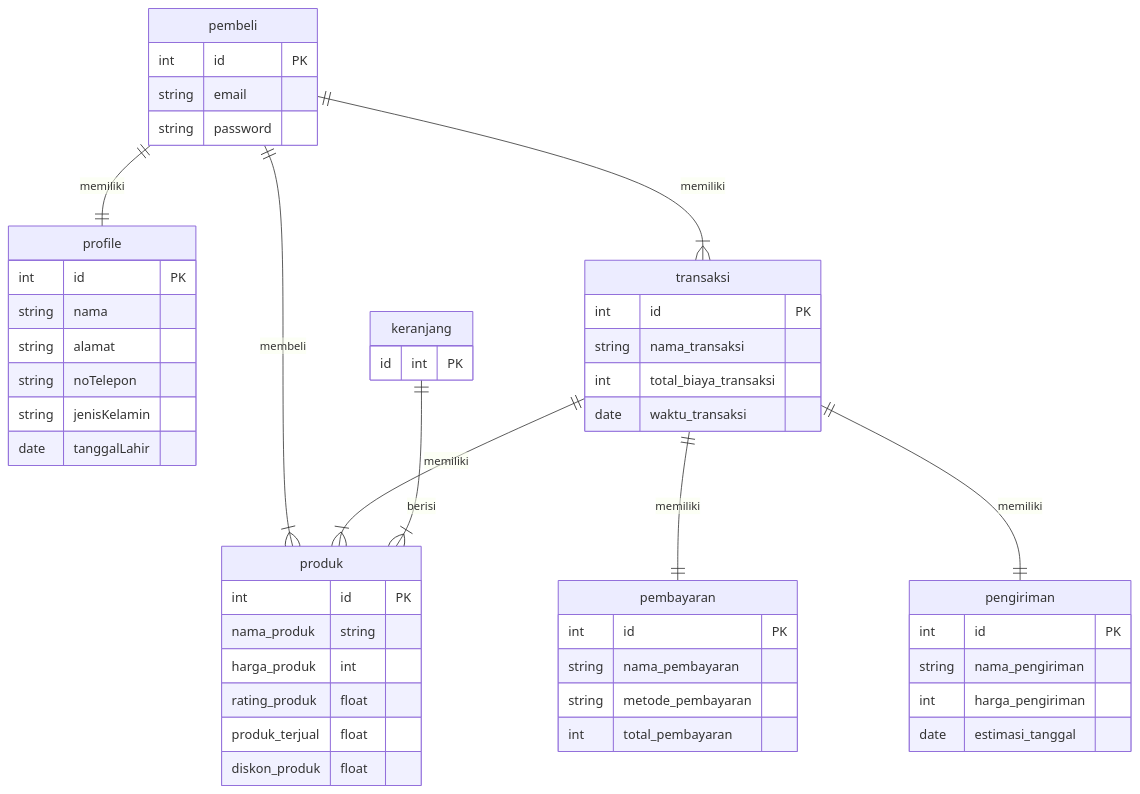
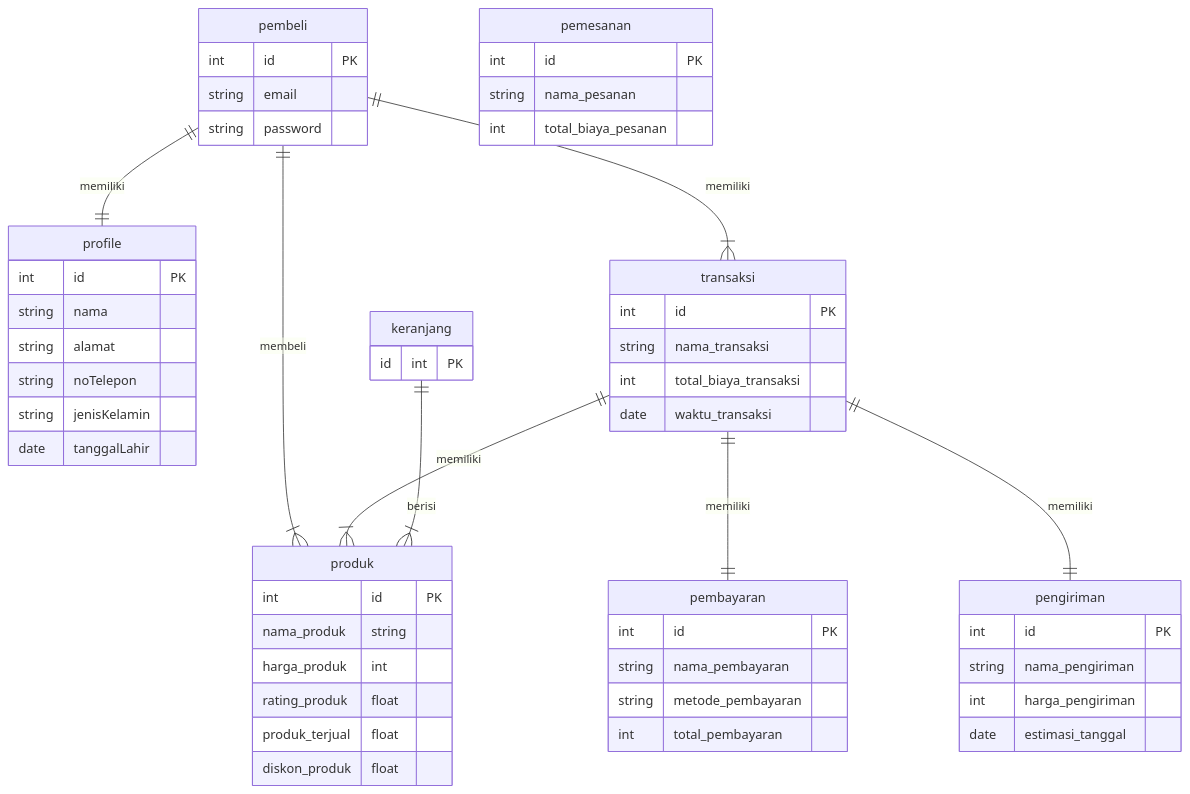
Before and after one commit to BernadDwiki/koda-b7-db1: the second of 2 diagrams in README.md, drawn with Mermaid. The commit also changed other lines of this file and 1 other file, not shown here.

Commit message:
feat: add progress minitask 1, 2, 3

````diff
--- a/README.md
+++ b/README.md
@@ -45,60 +46,66 @@
 ```mermaid
 erDiagram
     pembeli {
         int id PK
         string email 
         string password 
     }
 
     profile {
         int id PK
         string nama
         string alamat 
         string noTelepon 
         string jenisKelamin
         date tanggalLahir
+    }
+
+    pemesanan {
+        int id PK
+        string nama_pesanan 
+        int total_biaya_pesanan
     }
 
     transaksi {
         int id PK
         string nama_transaksi 
         int total_biaya_transaksi
         date waktu_transaksi 
     }
 
     pembayaran {
         int id PK
         string nama_pembayaran 
         string metode_pembayaran
         int total_pembayaran
     }
 
     produk {
         int id PK
         nama_produk string
         harga_produk int
         rating_produk float
         produk_terjual float
         diskon_produk float
     }
 
     pengiriman {
         int id PK
         string nama_pengiriman
         int harga_pengiriman
         date estimasi_tanggal
     }
 
     keranjang {
         id int PK
     }
 
     pembeli ||--|{ produk : "membeli"
     pembeli ||--|| profile : "memiliki"
     pembeli ||--|{ transaksi : "memiliki"
     transaksi ||--|| pembayaran : "memiliki"
     transaksi ||--|{ produk : "memiliki"
     keranjang ||--|{ produk : "berisi"
     transaksi ||--|| pengiriman : "memiliki"
 
 ```
````
